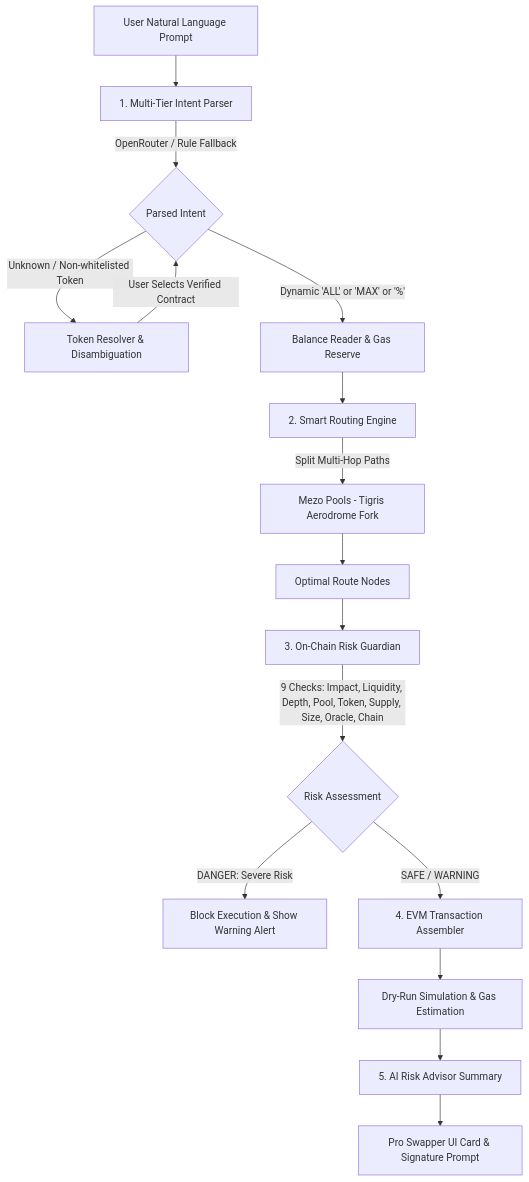
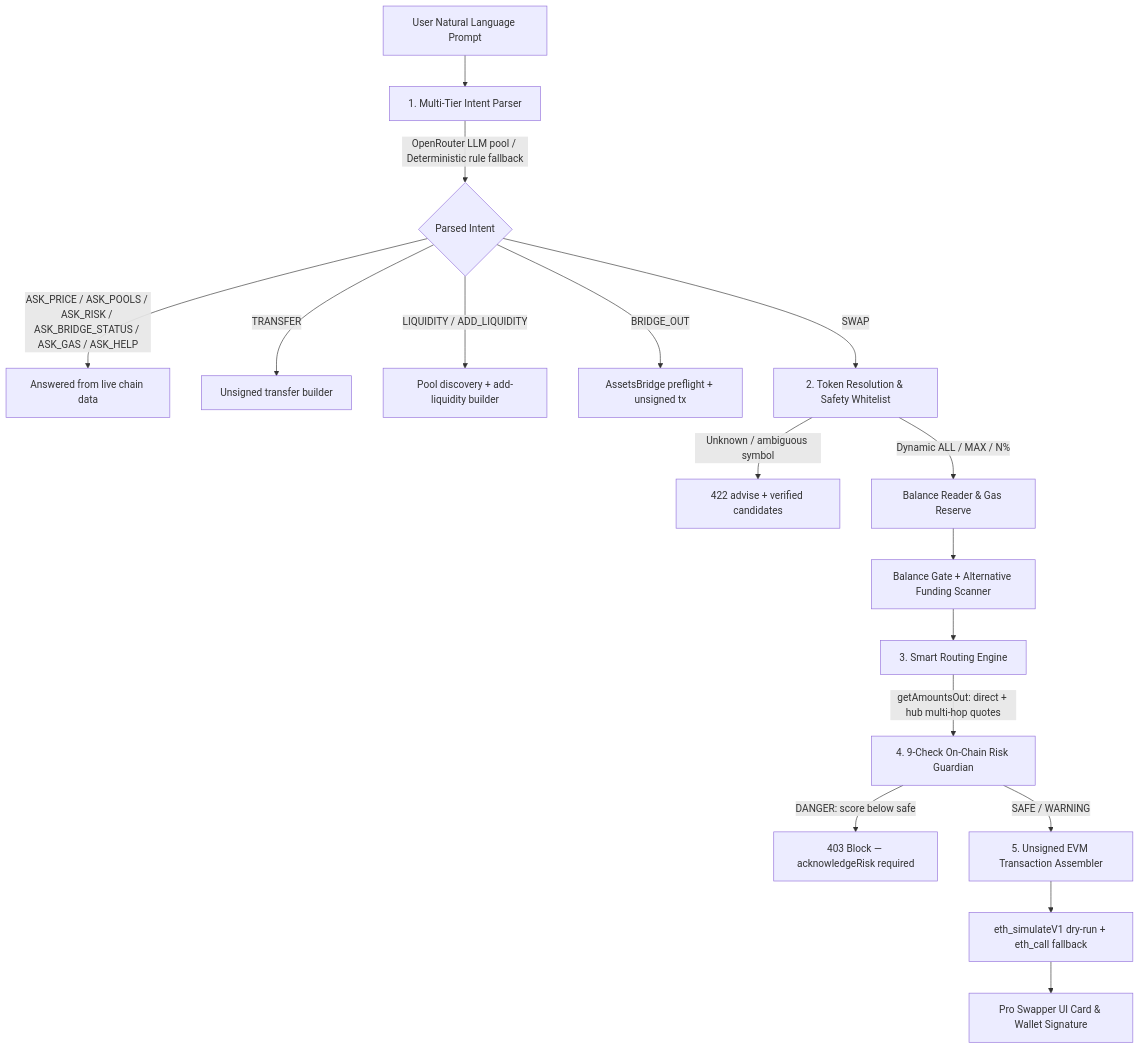
Before and after one commit to quangduy24/Soka: the diagram in README.md, drawn with Mermaid. The commit also changed other lines of this file, not shown here.

````diff
--- a/README.md
+++ b/README.md
@@ -35,24 +34,20 @@
 ```mermaid
 flowchart TD
     A[User Natural Language Prompt] --> B[1. Multi-Tier Intent Parser]
-    B -->|OpenRouter / Rule Fallback| C{Parsed Intent}
-    
-    C -->|Unknown / Non-whitelisted Token| D[Token Resolver & Disambiguation]
-    D -->|User Selects Verified Contract| C
-    
-    C -->|Dynamic 'ALL' or 'MAX' or '%'| E[Balance Reader & Gas Reserve]
-    E --> F[2. Smart Routing Engine]
-    
-    F -->|Split Multi-Hop Paths| G[Mezo Pools - Tigris Aerodrome Fork]
-    G --> H[Optimal Route Nodes]
-    
-    H --> I[3. On-Chain Risk Guardian]
-    I -->|9 Checks: Impact, Liquidity, Depth, Pool, Token, Supply, Size, Oracle, Chain| J{Risk Assessment}
-    
-    J -->|DANGER: Severe Risk| K[Block Execution & Show Warning Alert]
-    J -->|SAFE / WARNING| L[4. EVM Transaction Assembler]
-    
-    L --> M[Dry-Run Simulation & Gas Estimation]
-    M --> N[5. AI Risk Advisor Summary]
-    N --> O[Pro Swapper UI Card & Signature Prompt]
+    B -->|OpenRouter LLM pool / Deterministic rule fallback| C{Parsed Intent}
+
+    C -->|ASK_PRICE / ASK_POOLS / ASK_RISK / ASK_BRIDGE_STATUS / ASK_GAS / ASK_HELP| D[Answered from live chain data]
+    C -->|TRANSFER| E[Unsigned transfer builder]
+    C -->|LIQUIDITY / ADD_LIQUIDITY| F[Pool discovery + add-liquidity builder]
+    C -->|BRIDGE_OUT| G[AssetsBridge preflight + unsigned tx]
+    C -->|SWAP| H[2. Token Resolution & Safety Whitelist]
+    H -->|Unknown / ambiguous symbol| I[422 advise + verified candidates]
+    H -->|Dynamic ALL / MAX / N%| J[Balance Reader & Gas Reserve]
+    J --> K[Balance Gate + Alternative Funding Scanner]
+    K --> L[3. Smart Routing Engine]
+    L -->|getAmountsOut: direct + hub multi-hop quotes| M[4. 9-Check On-Chain Risk Guardian]
+    M -->|DANGER: score below safe| N[403 Block — acknowledgeRisk required]
+    M -->|SAFE / WARNING| O[5. Unsigned EVM Transaction Assembler]
+    O --> P[eth_simulateV1 dry-run + eth_call fallback]
+    P --> Q[Pro Swapper UI Card & Wallet Signature]
 ```
````
